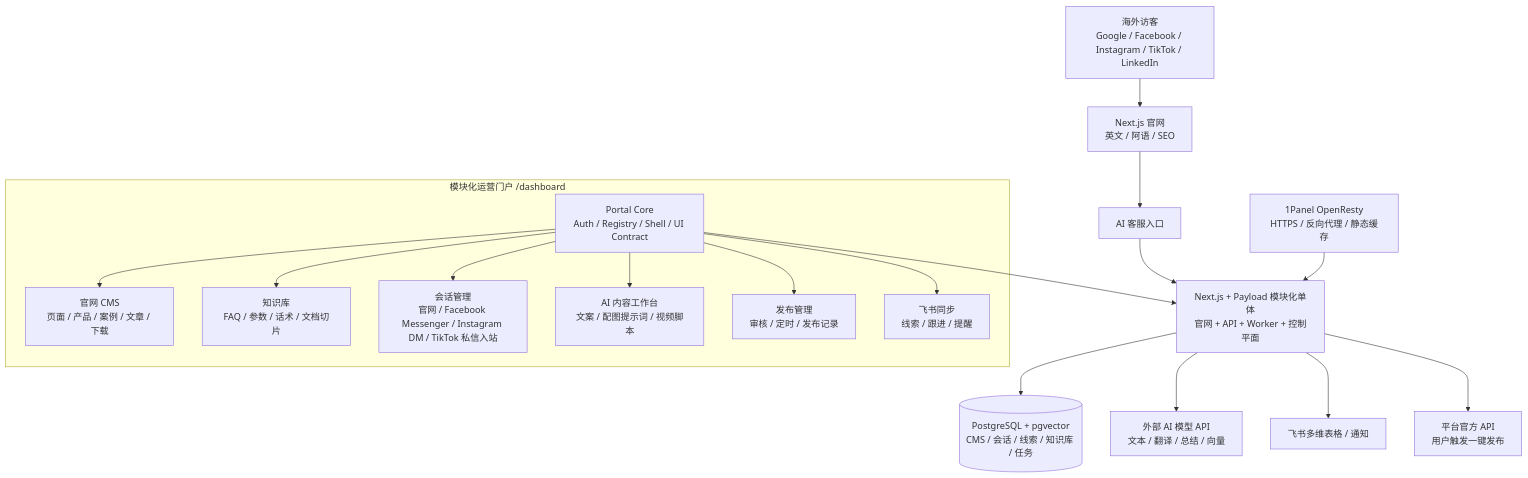
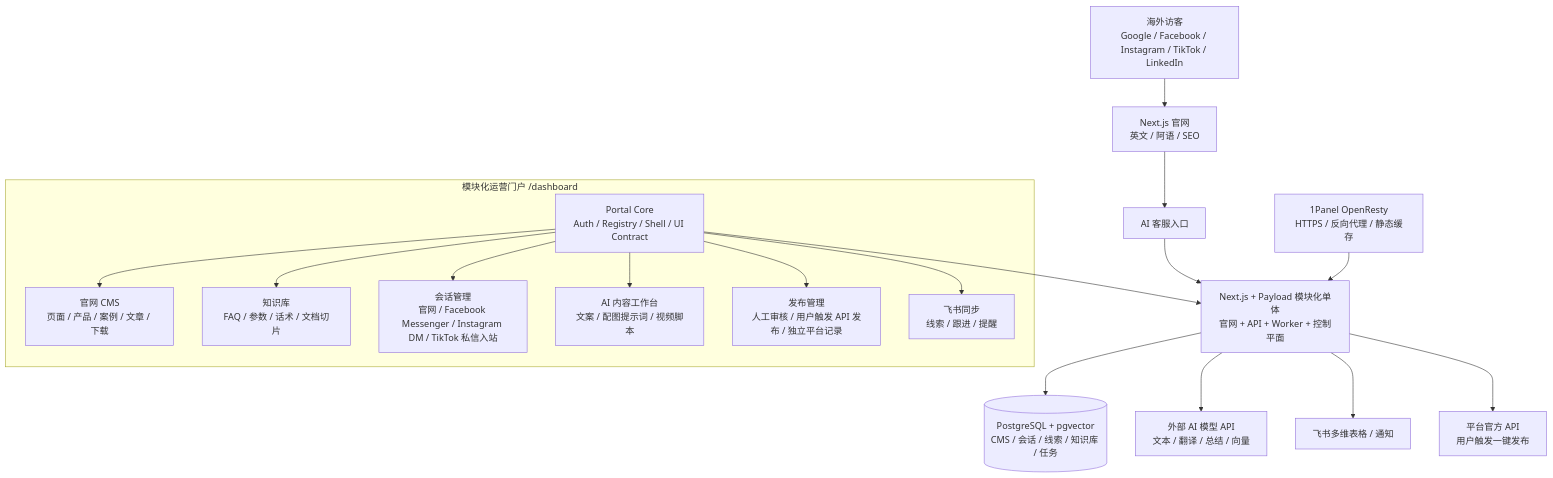
The diagram in docs/architecture/一期技术选型与部署架构规划.md (jueyunai/ivybm), drawn with Mermaid before and after one commit. The commit also changed other lines of this file and 4 other files, not shown here.

````diff
--- a/docs/architecture/一期技术选型与部署架构规划.md
+++ b/docs/architecture/一期技术选型与部署架构规划.md
@@ -95,31 +95,31 @@
 ```mermaid
 flowchart TB
     U["海外访客<br/>Google / Facebook / Instagram / TikTok / LinkedIn"] --> W["Next.js 官网<br/>英文 / 阿语 / SEO"]
     W --> CHAT["AI 客服入口"]
     CHAT --> APP["Next.js + Payload 模块化单体<br/>官网 + API + Worker + 控制平面"]
 
     subgraph ADMIN["模块化运营门户 /dashboard"]
         CORE["Portal Core<br/>Auth / Registry / Shell / UI Contract"]
         CMS["官网 CMS<br/>页面 / 产品 / 案例 / 文章 / 下载"]
         KB["知识库<br/>FAQ / 参数 / 话术 / 文档切片"]
         MSG["会话管理<br/>官网 / Facebook Messenger / Instagram DM / TikTok 私信入站"]
         CW["AI 内容工作台<br/>文案 / 配图提示词 / 视频脚本"]
-        PUB["发布管理<br/>审核 / 定时 / 发布记录"]
+        PUB["发布管理<br/>人工审核 / 用户触发 API 发布 / 独立平台记录"]
         CRM["飞书同步<br/>线索 / 跟进 / 提醒"]
     end
 
     CORE --> APP
     CORE --> CMS
     CORE --> KB
     CORE --> MSG
     CORE --> CW
     CORE --> PUB
     CORE --> CRM
 
     APP --> DB[("PostgreSQL + pgvector<br/>CMS / 会话 / 线索 / 知识库 / 任务")]
     APP --> AI["外部 AI 模型 API<br/>文本 / 翻译 / 总结 / 向量"]
     APP --> FEISHU["飞书多维表格 / 通知"]
     APP --> SOCIAL["平台官方 API<br/>用户触发一键发布"]
 
     OPENRESTY["1Panel OpenResty<br/>HTTPS / 反向代理 / 静态缓存"] --> APP
 ```
````
